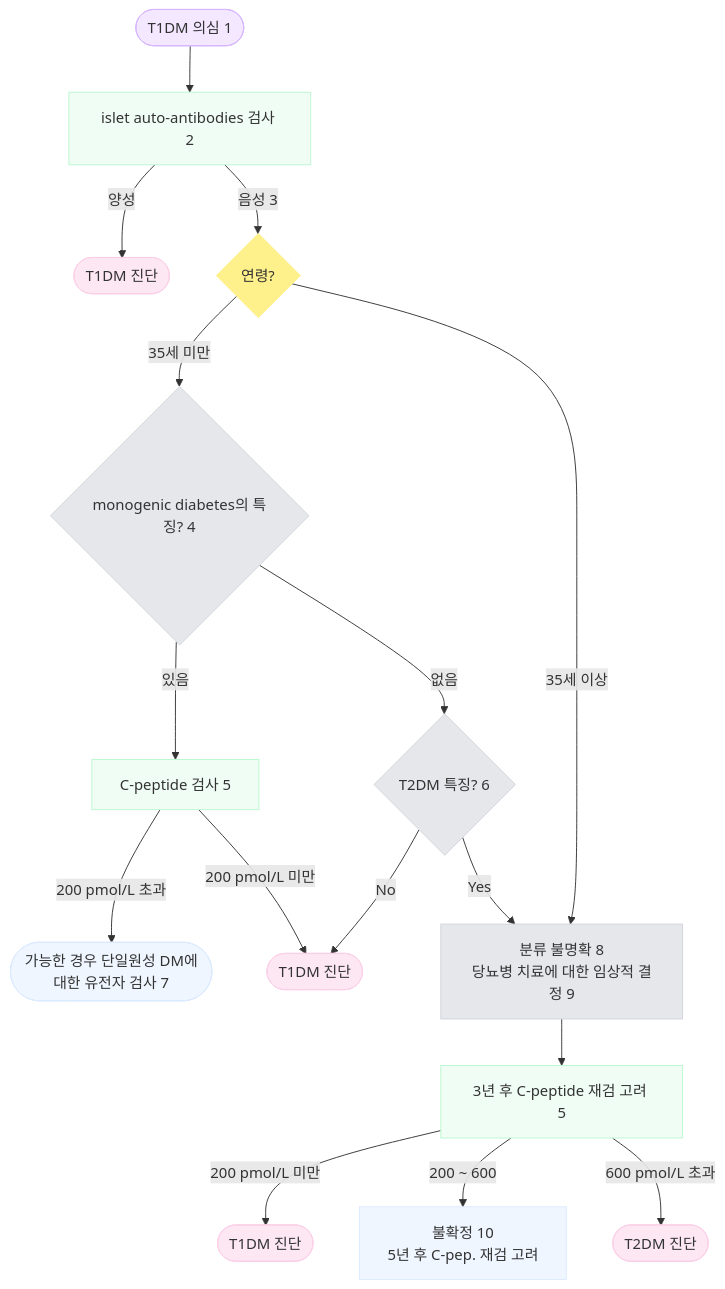
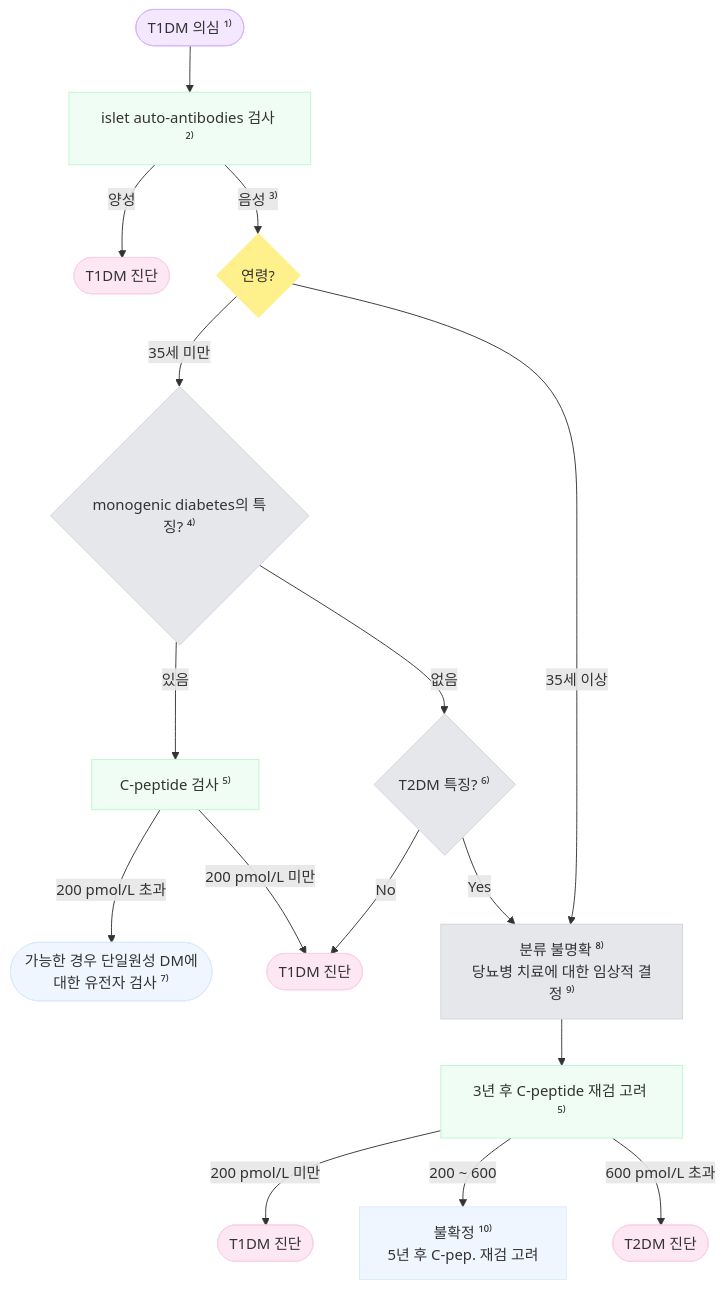
Before and after one commit to familyoh77/familyoh77: the first of 3 diagrams in 226_/100_-diabetes-mellitus.md, drawn with Mermaid. The commit also changed other lines of this file and 1 other file, not shown here.

````diff
--- a/226_/100_-diabetes-mellitus.md
+++ b/226_/100_-diabetes-mellitus.md
@@ -130,67 +91,67 @@
 ```mermaid
 graph TD
     %% Nodes Definition
-    Start([T1DM 의심 1])
-    Islet[islet auto-antibodies 검사 2]
+    Start([T1DM 의심 ¹⁾])
+    Islet[islet auto-antibodies 검사 ²⁾]
     
     T1DM_Diag1([T1DM 진단])
     
     Age{연령?}
     
-    MonoCheck{monogenic diabetes의 특징? 4}
-    Cpep1[C-peptide 검사 5]
-    GeneTest([가능한 경우 단일원성 DM에<br>대한 유전자 검사 7])
+    MonoCheck{monogenic diabetes의 특징? ⁴⁾}
+    Cpep1[C-peptide 검사 ⁵⁾]
+    GeneTest([가능한 경우 단일원성 DM에<br>대한 유전자 검사 ⁷⁾])
     T1DM_Diag2([T1DM 진단])
     
-    T2DMCheck{T2DM 특징? 6}
+    T2DMCheck{T2DM 특징? ⁶⁾}
     
-    Unclear[분류 불명확 8<br>당뇨병 치료에 대한 임상적 결정 9]
-    ReCpep1[3년 후 C-peptide 재검 고려 5]
+    Unclear[분류 불명확 ⁸⁾<br>당뇨병 치료에 대한 임상적 결정 ⁹⁾]
+    ReCpep1[3년 후 C-peptide 재검 고려 ⁵⁾]
     
     T1DM_Diag3([T1DM 진단])
-    Uncertain[불확정 10<br>5년 후 C-pep. 재검 고려]
+    Uncertain[불확정 ¹⁰⁾<br>5년 후 C-pep. 재검 고려]
     T2DM_Diag([T2DM 진단])
 
     %% Connections
     Start --> Islet
     
     Islet -->|양성| T1DM_Diag1
-    Islet -->|음성 3| Age
+    Islet -->|음성 ³⁾| Age
     
     Age -->|35세 미만| MonoCheck
     Age -->|35세 이상| Unclear
     
     MonoCheck -->|있음| Cpep1
     MonoCheck -->|없음| T2DMCheck
     
     Cpep1 -->|200 pmol/L 초과| GeneTest
     Cpep1 -->|200 pmol/L 미만| T1DM_Diag2
     
     T2DMCheck -->|No| T1DM_Diag2
     T2DMCheck -->|Yes| Unclear
     
     Unclear --> ReCpep1
     
     ReCpep1 -->|200 pmol/L 미만| T1DM_Diag3
     ReCpep1 -->|200 ~ 600| Uncertain
     ReCpep1 -->|600 pmol/L 초과| T2DM_Diag
 
     %% Styling
     style Start fill:#F3E8FF,stroke:#D8B4FE,stroke-width:1px
     style Islet fill:#F0FDF4,stroke:#BBF7D0,stroke-width:1px
     style Age fill:#FEF08A,stroke:#FEF08A,stroke-width:1px
     
     style MonoCheck fill:#E5E7EB,stroke:#D1D5DB,stroke-width:1px
     style T2DMCheck fill:#E5E7EB,stroke:#D1D5DB,stroke-width:1px
     style Unclear fill:#E5E7EB,stroke:#D1D5DB,stroke-width:1px
     style ReCpep1 fill:#F0FDF4,stroke:#BBF7D0,stroke-width:1px
     style Cpep1 fill:#F0FDF4,stroke:#BBF7D0,stroke-width:1px
     
     style T1DM_Diag1 fill:#FCE7F3,stroke:#FBCFE8,stroke-width:1px
     style T1DM_Diag2 fill:#FCE7F3,stroke:#FBCFE8,stroke-width:1px
     style T1DM_Diag3 fill:#FCE7F3,stroke:#FBCFE8,stroke-width:1px
     style T2DM_Diag fill:#FCE7F3,stroke:#FBCFE8,stroke-width:1px
     
     style GeneTest fill:#EFF6FF,stroke:#DBEAFE,stroke-width:1px
     style Uncertain fill:#EFF6FF,stroke:#DBEAFE,stroke-width:1px
 ```
````
